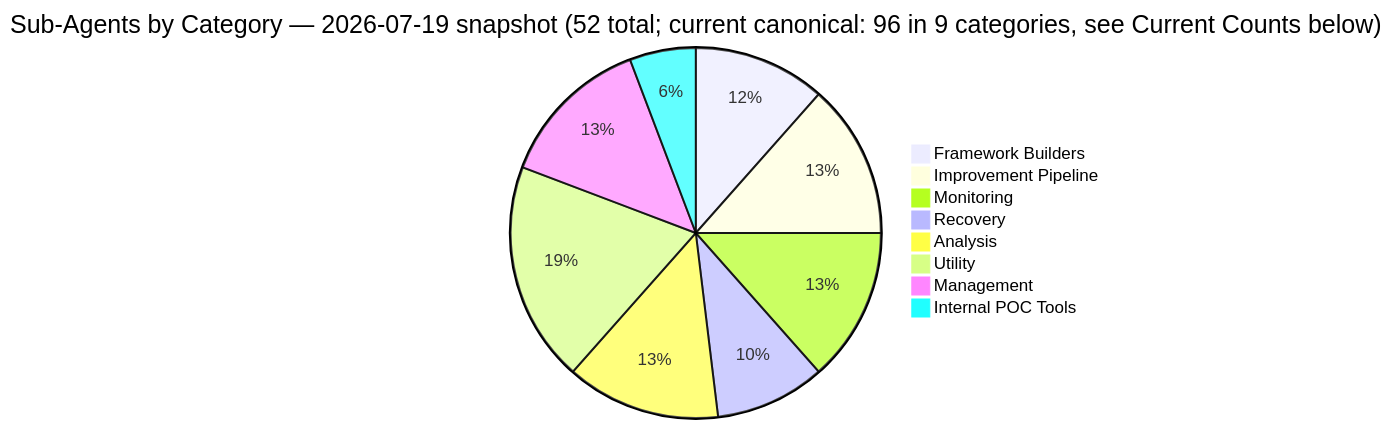
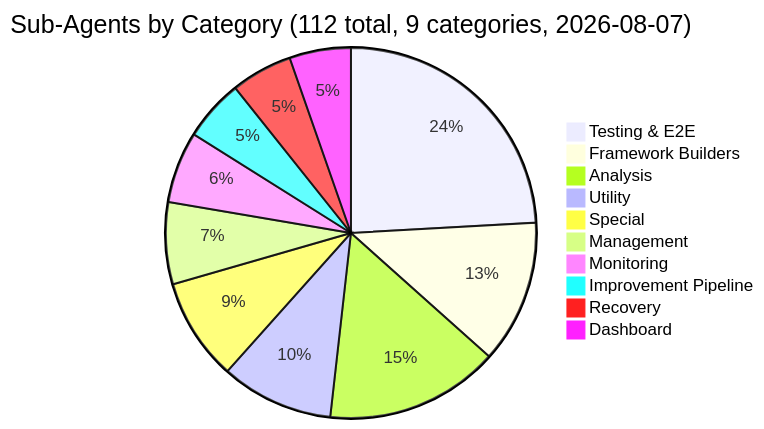
The first of 4 diagrams in docs/agents.md (mczardybon/mas-engineer), drawn with Mermaid before and after one commit. The commit also changed other lines of this file and 9 other files, not shown here.

````diff
--- a/docs/agents.md
+++ b/docs/agents.md
@@ -5,11 +9,13 @@
 ```mermaid
-pie title Sub-Agents by Category — 2026-07-19 snapshot (52 total; current canonical: 96 in 9 categories, see Current Counts below)
-    "Framework Builders" : 6
-    "Improvement Pipeline" : 7
+pie title Sub-Agents by Category (112 total, 9 categories, 2026-08-07)
+    "Testing & E2E" : 27
+    "Framework Builders" : 14
+    "Analysis" : 17
+    "Utility" : 11
+    "Special" : 10
+    "Management" : 8
     "Monitoring" : 7
-    "Recovery" : 5
-    "Analysis" : 7
-    "Utility" : 10
-    "Management" : 7
-    "Internal POC Tools" : 3
+    "Improvement Pipeline" : 6
+    "Recovery" : 6
+    "Dashboard" : 6
 ```
````
